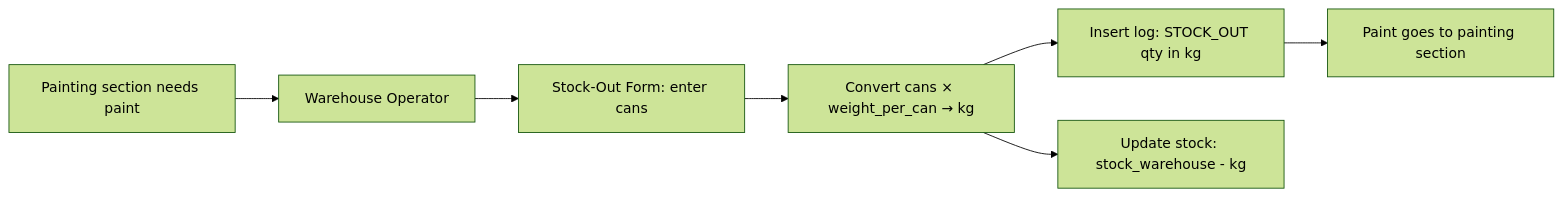
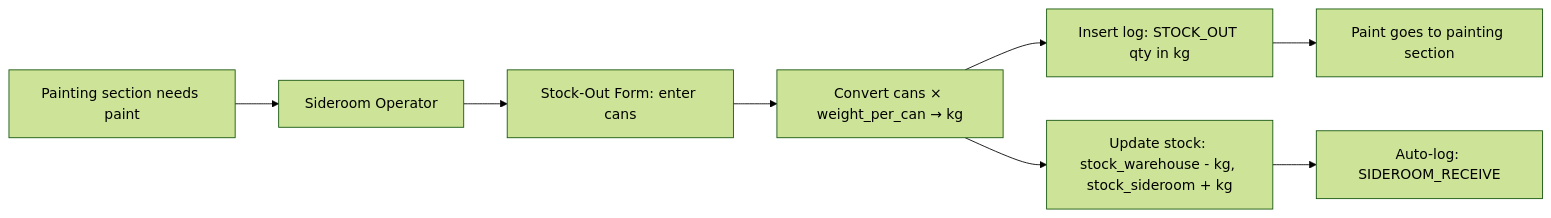
Before and after one commit to itsankeikid-dot/PaintManagementStock: the third of 5 diagrams in docs/ARCHITECTURE.md, drawn with Mermaid (forest theme). The commit also changed other lines of this file and 43 other files, not shown here.

````diff
--- a/docs/ARCHITECTURE.md
+++ b/docs/ARCHITECTURE.md
@@ -74,9 +82,10 @@
 ```mermaid
 graph LR
-    A[Painting section needs paint] --> B[Warehouse Operator]
+    A[Painting section needs paint] --> B[Sideroom Operator]
     B --> C[Stock-Out Form: enter cans]
     C --> G[Convert cans × weight_per_can → kg]
     G --> D[Insert log: STOCK_OUT qty in kg]
-    G --> E[Update stock: stock_warehouse - kg]
+    G --> H[Update stock: stock_warehouse - kg, stock_sideroom + kg]
+    H --> I[Auto-log: SIDEROOM_RECEIVE]
     D --> F[Paint goes to painting section]
 ```
````
